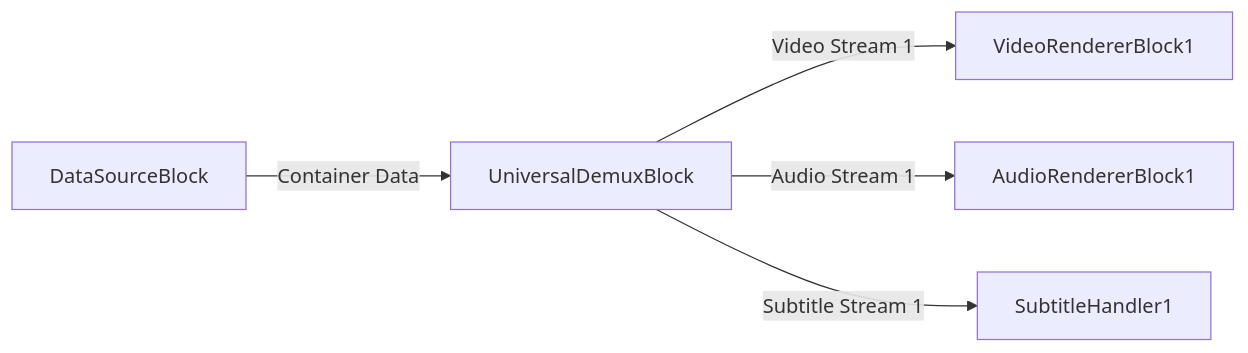
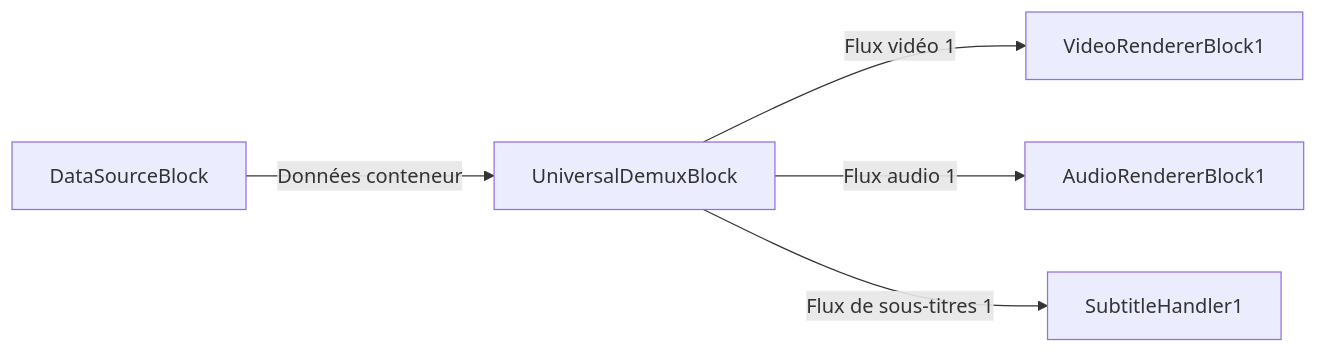
Before and after one commit to visioforge/help: the third of 4 diagrams in dotnet/mediablocks/Demuxers/index.fr.md, drawn with Mermaid. The commit also changed other lines of this file and 107 other files, not shown here.

````diff
--- a/dotnet/mediablocks/Demuxers/index.fr.md
+++ b/dotnet/mediablocks/Demuxers/index.fr.md
@@ -256,7 +257,7 @@
 ```mermaid
 graph LR;
-    DataSourceBlock -- Container Data --> UniversalDemuxBlock;
-    UniversalDemuxBlock -- Video Stream 1 --> VideoRendererBlock1;
-    UniversalDemuxBlock -- Audio Stream 1 --> AudioRendererBlock1;
-    UniversalDemuxBlock -- Subtitle Stream 1 --> SubtitleHandler1;
+    DataSourceBlock -- Données conteneur --> UniversalDemuxBlock;
+    UniversalDemuxBlock -- Flux vidéo 1 --> VideoRendererBlock1;
+    UniversalDemuxBlock -- Flux audio 1 --> AudioRendererBlock1;
+    UniversalDemuxBlock -- Flux de sous-titres 1 --> SubtitleHandler1;
 ```
````
